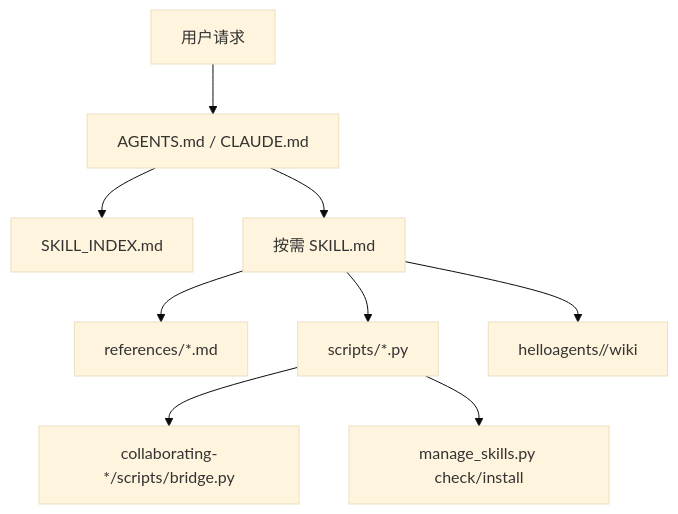
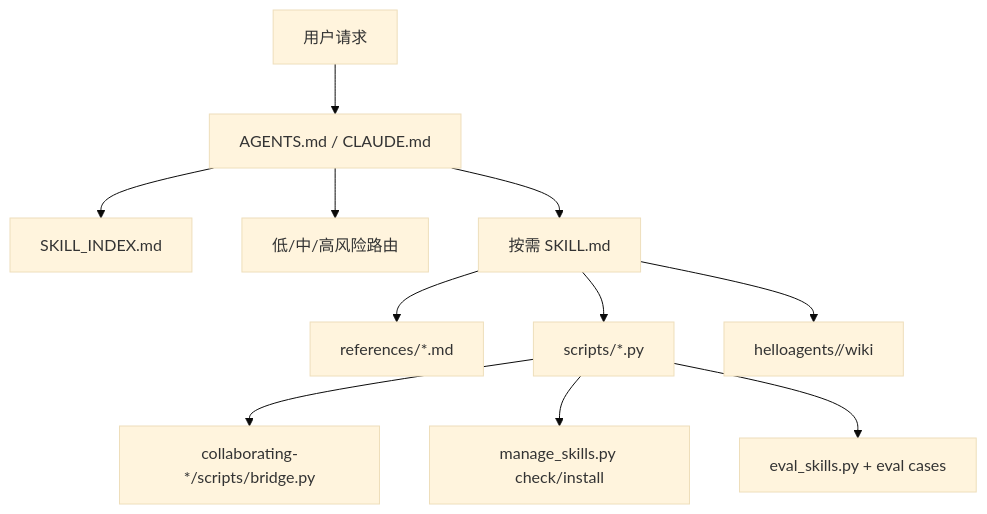
One commit to zcw199604/helloagents changed the diagram in helloagents/1.x/wiki/arch.md. Above: the diagram before and after it, drawn with Mermaid (base theme). The commit also changed other lines of this file and 46 other files, not shown here.

````diff
--- a/helloagents/1.x/wiki/arch.md
+++ b/helloagents/1.x/wiki/arch.md
@@ -5,11 +5,13 @@
 ```mermaid
 flowchart TD
   User["用户请求"] --> Bootstrap["AGENTS.md / CLAUDE.md"]
   Bootstrap --> SkillIndex["SKILL_INDEX.md"]
+  Bootstrap --> Risk["低/中/高风险路由"]
   Bootstrap --> Skill["按需 SKILL.md"]
   Skill --> References["references/*.md"]
   Skill --> Scripts["scripts/*.py"]
   Scripts --> Bundled["collaborating-*/scripts/bridge.py"]
   Scripts --> Install["manage_skills.py check/install"]
+  Scripts --> Eval["eval_skills.py + eval cases"]
   Skill --> KB["helloagents/<branch>/wiki"]
 ```
````
